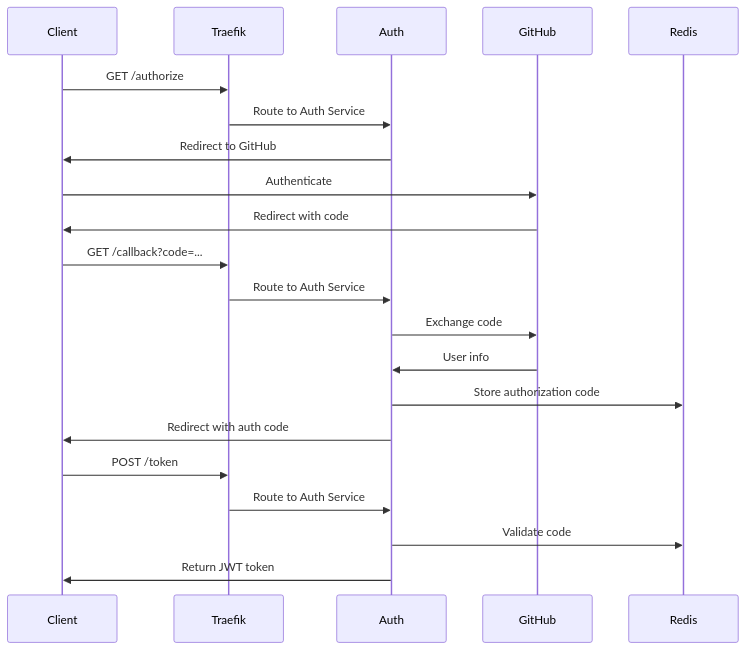
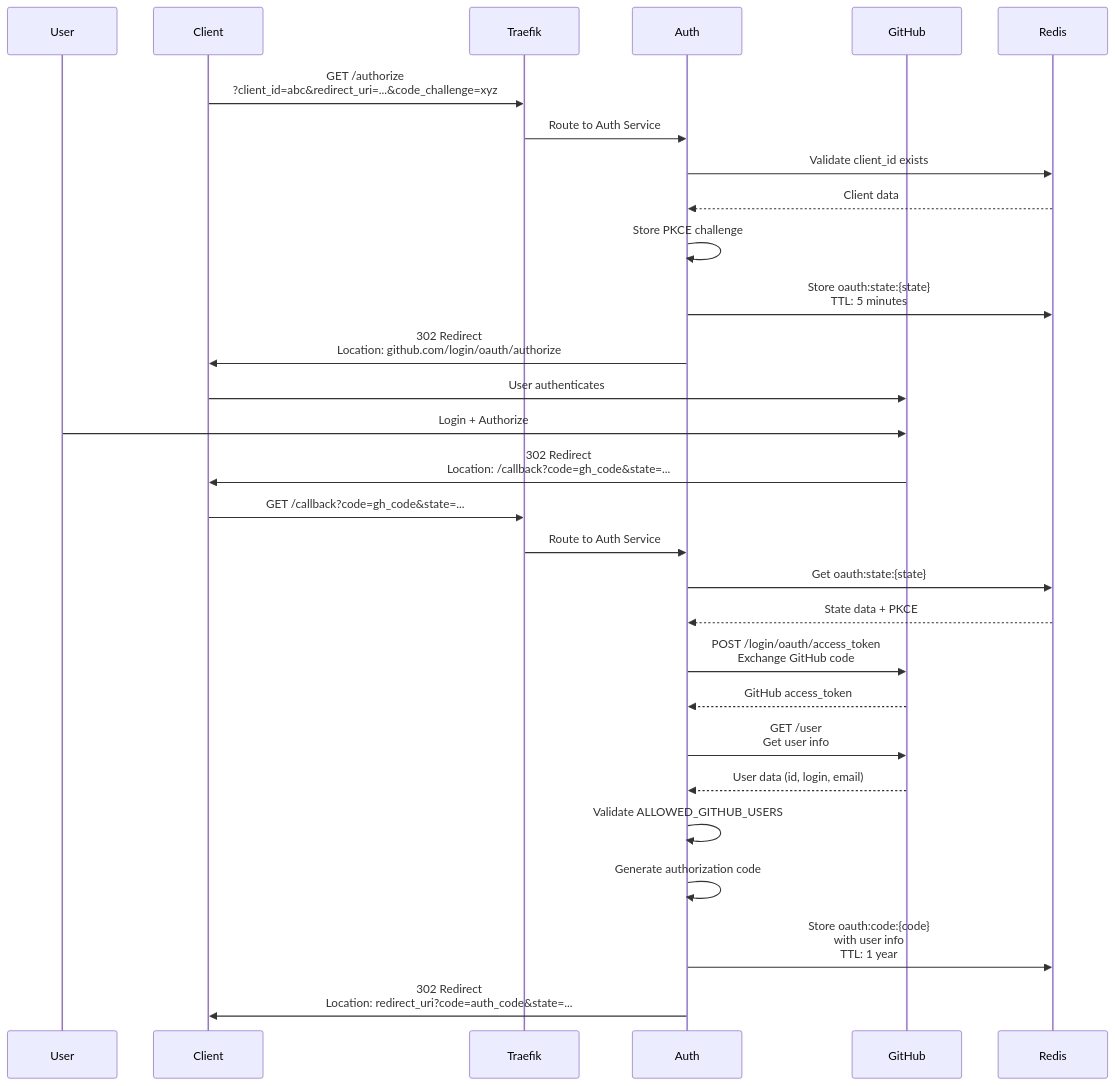
The third of 10 diagrams in docs/architecture.md (atrawog/mcp-oauth-gateway), drawn with Mermaid before and after one commit. The commit also changed other lines of this file and 3 other files, not shown here.

First line of the commit message:
Enhance Documentation for MCP OAuth Gateway Architecture and OAuth Flow

````diff
--- a/docs/architecture.md
+++ b/docs/architecture.md
@@ -105,24 +227,34 @@
 ```{mermaid}
 sequenceDiagram
+    participant User
     participant Client
     participant Traefik
     participant Auth
     participant GitHub
     participant Redis
     
-    Client->>Traefik: GET /authorize
+    Client->>Traefik: GET /authorize<br/>?client_id=abc&redirect_uri=...&code_challenge=xyz
     Traefik->>Auth: Route to Auth Service
-    Auth->>Client: Redirect to GitHub
-    Client->>GitHub: Authenticate
-    GitHub->>Client: Redirect with code
-    Client->>Traefik: GET /callback?code=...
+    Auth->>Redis: Validate client_id exists
+    Redis-->>Auth: Client data
+    Auth->>Auth: Store PKCE challenge
+    Auth->>Redis: Store oauth:state:{state}<br/>TTL: 5 minutes
+    Auth->>Client: 302 Redirect<br/>Location: github.com/login/oauth/authorize
+    
+    Client->>GitHub: User authenticates
+    User->>GitHub: Login + Authorize
+    GitHub->>Client: 302 Redirect<br/>Location: /callback?code=gh_code&state=...
+    
+    Client->>Traefik: GET /callback?code=gh_code&state=...
     Traefik->>Auth: Route to Auth Service
-    Auth->>GitHub: Exchange code
-    GitHub->>Auth: User info
-    Auth->>Redis: Store authorization code
-    Auth->>Client: Redirect with auth code
-    Client->>Traefik: POST /token
-    Traefik->>Auth: Route to Auth Service
-    Auth->>Redis: Validate code
-    Auth->>Client: Return JWT token
+    Auth->>Redis: Get oauth:state:{state}
+    Redis-->>Auth: State data + PKCE
+    Auth->>GitHub: POST /login/oauth/access_token<br/>Exchange GitHub code
+    GitHub-->>Auth: GitHub access_token
+    Auth->>GitHub: GET /user<br/>Get user info
+    GitHub-->>Auth: User data (id, login, email)
+    Auth->>Auth: Validate ALLOWED_GITHUB_USERS
+    Auth->>Auth: Generate authorization code
+    Auth->>Redis: Store oauth:code:{code}<br/>with user info<br/>TTL: 1 year
+    Auth->>Client: 302 Redirect<br/>Location: redirect_uri?code=auth_code&state=...
 ```
````
